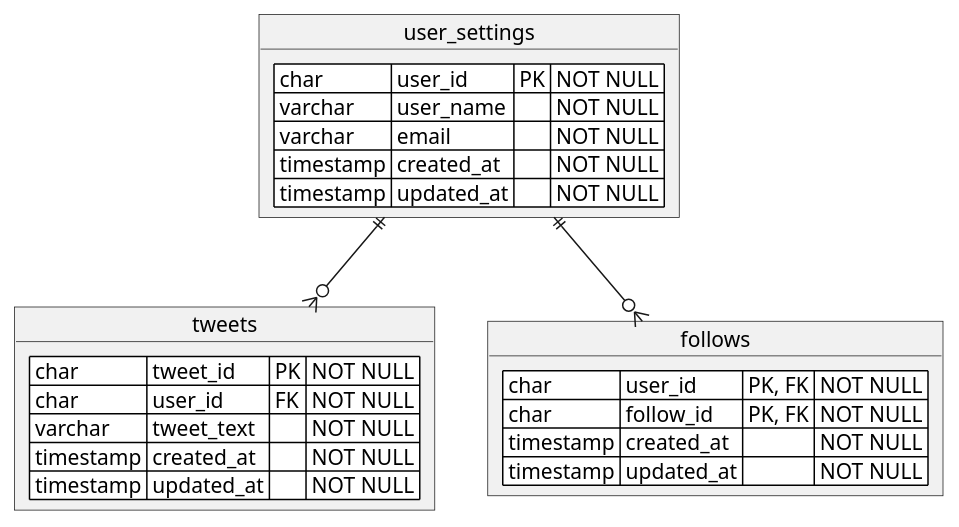
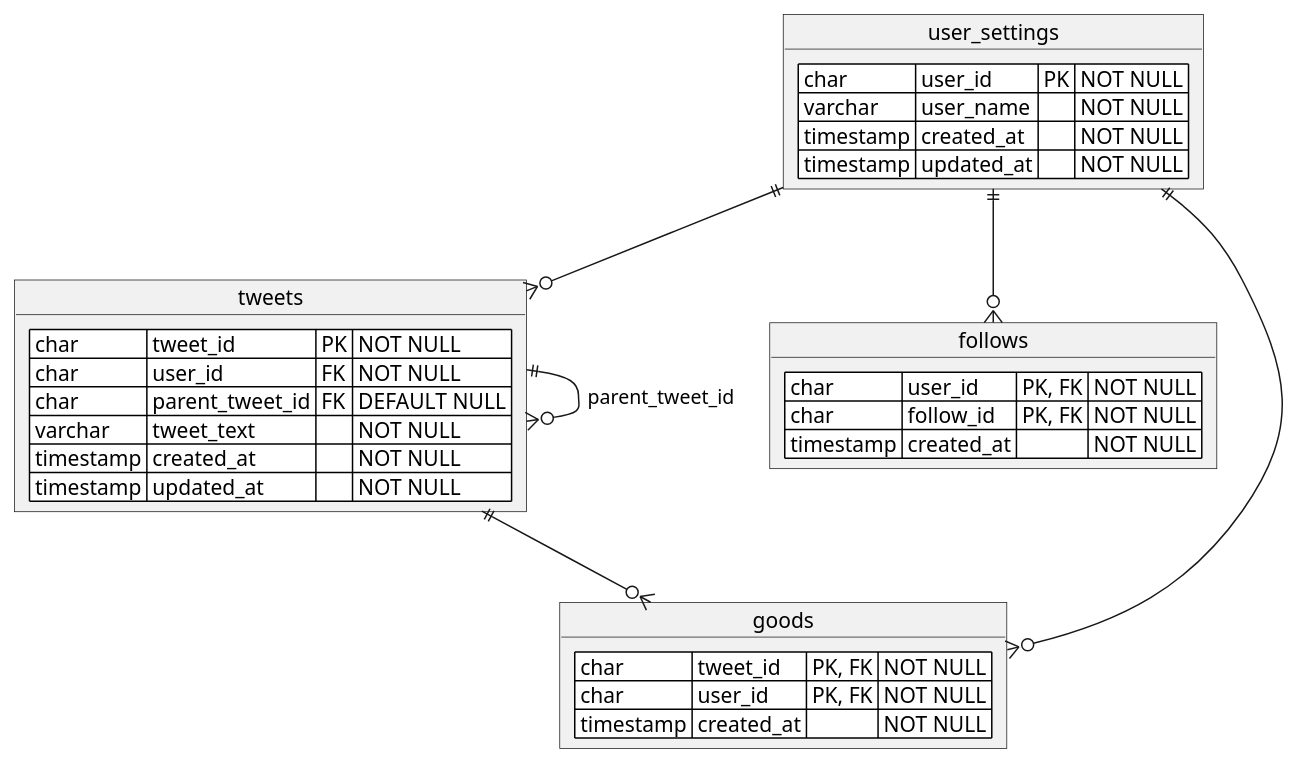
One commit to tetsushi-yamada/hackathon_backend changed the diagram in docs/erd.puml. Above: the diagram before and after it, drawn with PlantUML. The commit also changed 1 other file, not shown here.

Commit message:
update erd

```diff
--- a/docs/erd.puml
+++ b/docs/erd.puml
@@ -1,29 +1,37 @@
 @startuml
 
 object user_settings {
     <#white>| char | user_id | PK | NOT NULL |
     <#white>| varchar | user_name | | NOT NULL |
-    <#white>| varchar | email | | NOT NULL |
     <#white>| timestamp | created_at | | NOT NULL |
     <#white>| timestamp | updated_at | | NOT NULL |
 }
 
 object tweets {
     <#white>| char | tweet_id | PK | NOT NULL |
     <#white>| char | user_id | FK | NOT NULL |
+    <#white>| char | parent_tweet_id | FK | DEFAULT NULL |
     <#white>| varchar | tweet_text | | NOT NULL |
     <#white>| timestamp | created_at | | NOT NULL |
     <#white>| timestamp | updated_at | | NOT NULL |
 }
 
 object follows {
     <#white>| char | user_id | PK, FK | NOT NULL |
     <#white>| char | follow_id | PK, FK | NOT NULL |
     <#white>| timestamp | created_at | | NOT NULL |
-    <#white>| timestamp | updated_at | | NOT NULL |
+}
+
+object goods {
+    <#white>| char | tweet_id | PK, FK | NOT NULL |
+    <#white>| char | user_id | PK, FK | NOT NULL |
+    <#white>| timestamp | created_at | | NOT NULL |
 }
 
 user_settings ||--o{ tweets
 user_settings ||--o{ follows
+tweets ||--o{ goods
+user_settings ||--o{ goods
+tweets ||--o{ tweets : parent_tweet_id
 
 @enduml
```
